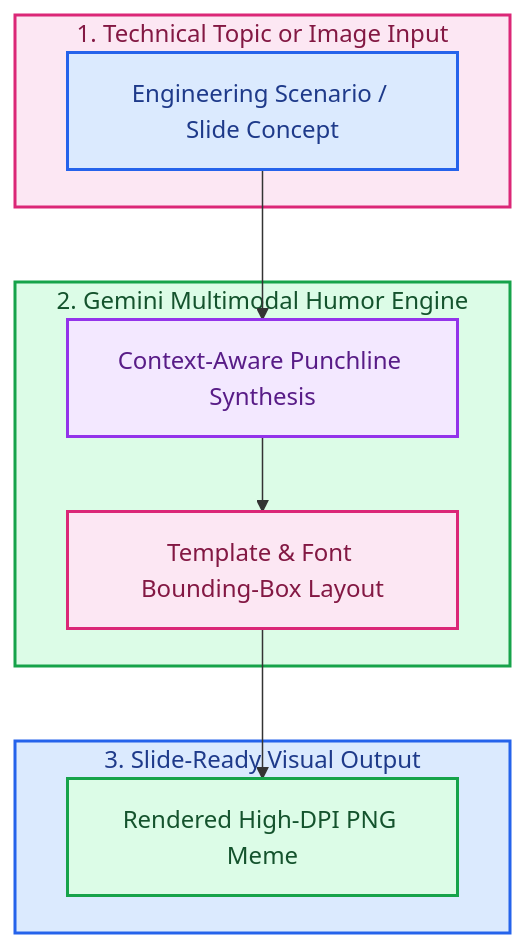
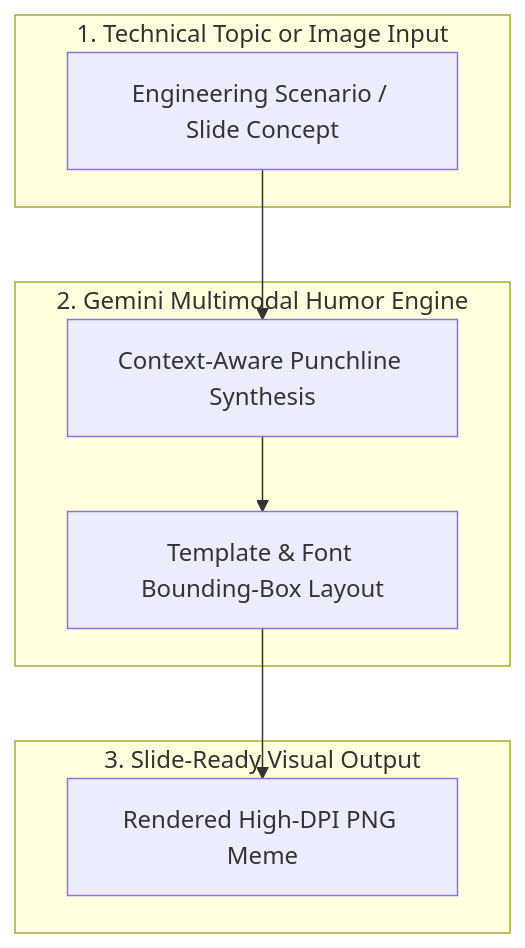
The diagram in README.md (RobinaMirbahar/Meme-Generator), drawn with Mermaid before and after one commit.

Commit message:
docs: revert Mermaid color overrides for crisp native GitHub rendering and consolidate header

````diff
--- a/README.md
+++ b/README.md
@@ -29,21 +29,14 @@
 ```mermaid
 flowchart TD
     subgraph Topic ["1. Technical Topic or Image Input"]
         T_In["Engineering Scenario / Slide Concept"]
     end
     subgraph Gemini ["2. Gemini Multimodal Humor Engine"]
         G_Cap["Context-Aware Punchline Synthesis"]
         G_Lay["Template & Font Bounding-Box Layout"]
     end
     subgraph Out ["3. Slide-Ready Visual Output"]
         O_Img["Rendered High-DPI PNG Meme"]
     end
     T_In --> G_Cap --> G_Lay --> O_Img
-    style Topic fill:#fce7f3,stroke:#db2777,stroke-width:2px,color:#831843
-    style T_In fill:#dbeafe,stroke:#2563eb,stroke-width:2px,color:#1e3a8a
-    style Gemini fill:#dcfce7,stroke:#16a34a,stroke-width:2px,color:#14532d
-    style G_Cap fill:#f3e8ff,stroke:#9333ea,stroke-width:2px,color:#581c87
-    style G_Lay fill:#fce7f3,stroke:#db2777,stroke-width:2px,color:#831843
-    style Out fill:#dbeafe,stroke:#2563eb,stroke-width:2px,color:#1e3a8a
-    style O_Img fill:#dcfce7,stroke:#16a34a,stroke-width:2px,color:#14532d
 ```
````
